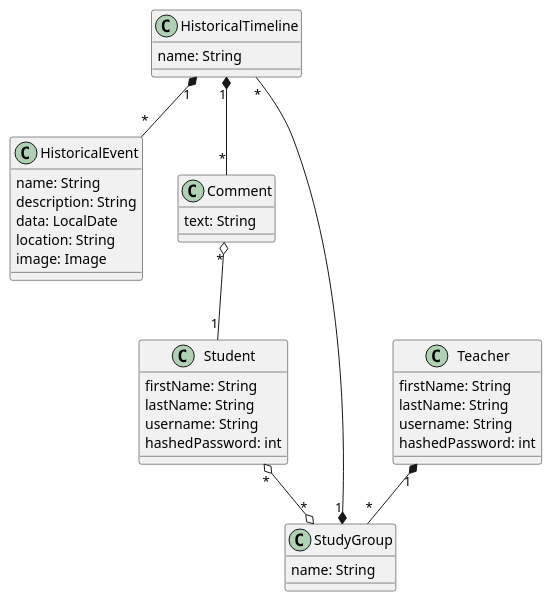
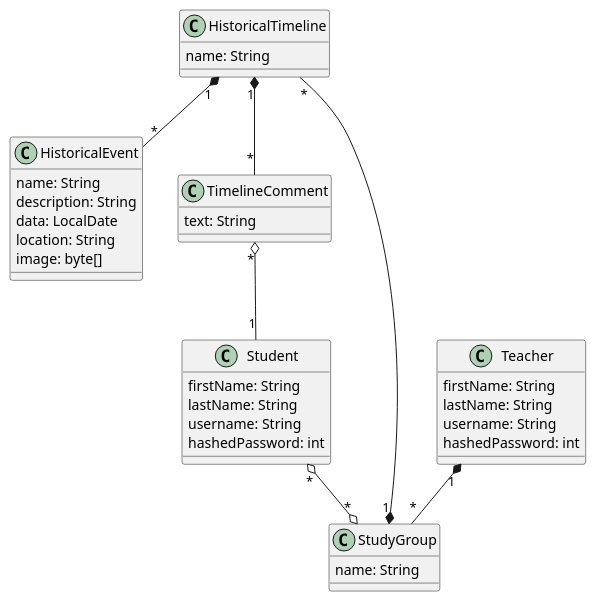
Before and after one commit to kuhy/historical-timeline: the second of 2 diagrams in README.org, drawn with PlantUML. The commit also changed other lines of this file and 18 other files, not shown here.

```diff
--- a/README.org
+++ b/README.org
@@ -87,47 +87,47 @@
   #+BEGIN_SRC plantuml :file images/class_diagram.svg :exports results
   class HistoricalEvent {
     name: String
     description: String
     data: LocalDate
     location: String
-    image: Image
+    image: byte[]
   }
 
   class HistoricalTimeline {
     name: String
   }
 
   HistoricalTimeline "1" *-- "*" HistoricalEvent
 
   class StudyGroup {
     name: String
   }
 
   StudyGroup "1" *-- "*" HistoricalTimeline
 
   class Teacher {
     firstName: String
     lastName: String
     username: String
     hashedPassword: int
   }
 
   Teacher "1" *-- "*" StudyGroup
 
 
   class Student {
     firstName: String
     lastName: String
     username: String
     hashedPassword: int
   }
 
   Student "*" o--o "*" StudyGroup
 
-  class Comment {
+  class TimelineComment {
     text: String
   }
 
-  HistoricalTimeline "1" *-- "*" Comment
-  Comment "*" o-- "1" Student
+  HistoricalTimeline "1" *-- "*" TimelineComment
+  TimelineComment "*" o-- "1" Student
   #+END_SRC
```
